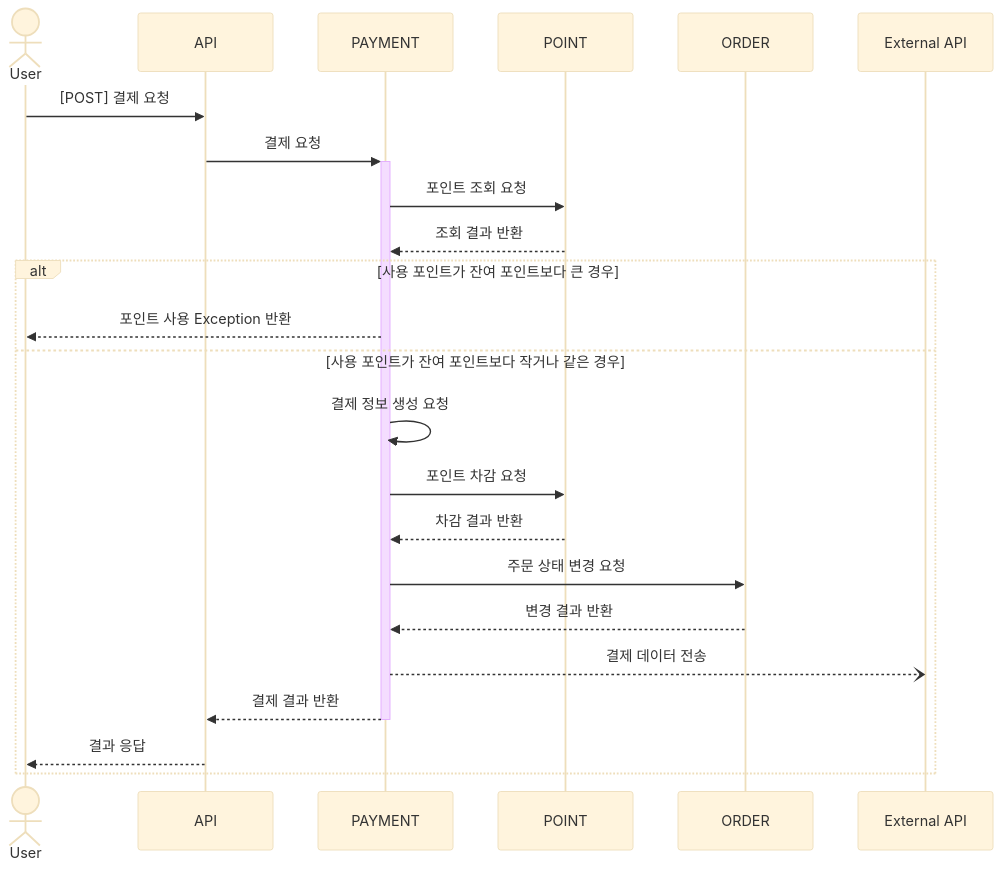
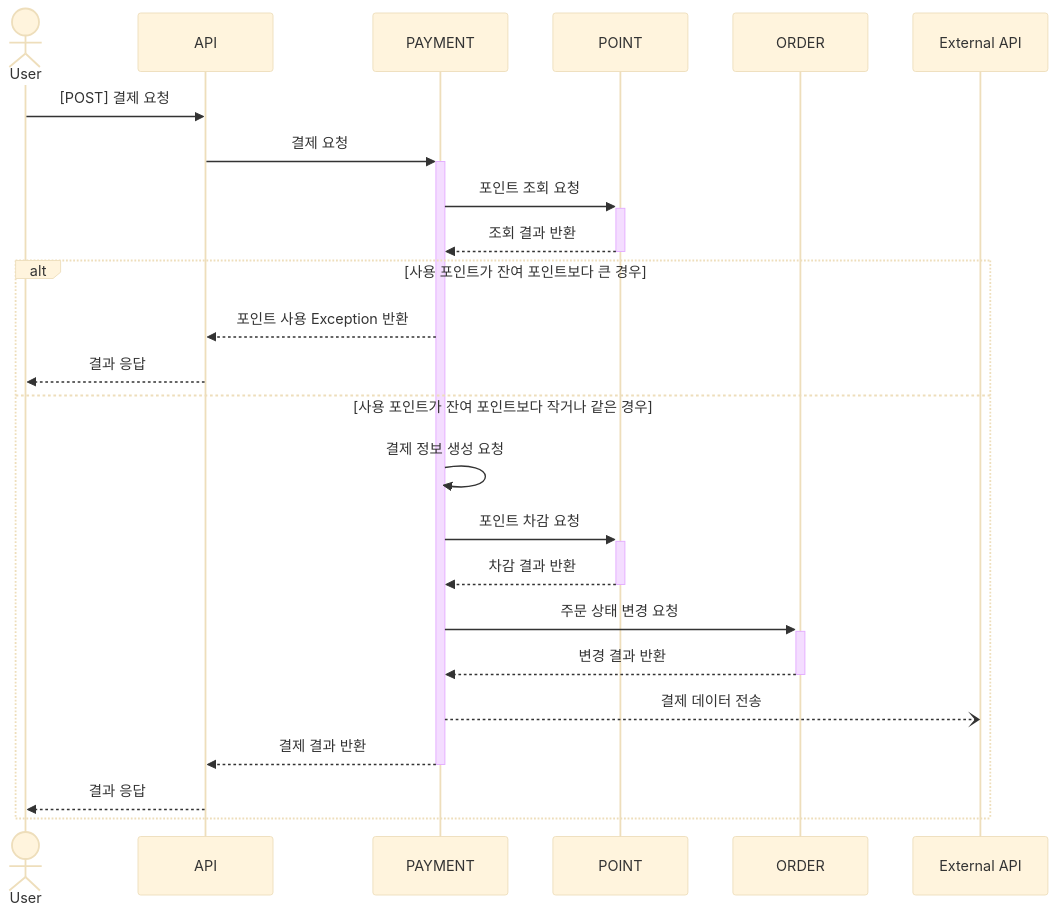
One commit to hyunn12/e-commerce changed the sixth of 7 diagrams in docs/SequenceDiagram.md. Above: the diagram before and after it, drawn with Mermaid (base theme). The commit also changed other lines of this file, not shown here.

Commit message:
docs: 시퀀스 다이어그램 activation bar 수정

````diff
--- a/docs/SequenceDiagram.md
+++ b/docs/SequenceDiagram.md
@@ -119,23 +127,28 @@
 ```mermaid
 sequenceDiagram
     actor User
 
     User->>API: [POST] 결제 요청
     API->>+PAYMENT: 결제 요청
-    PAYMENT->>POINT: 포인트 조회 요청
-    POINT-->>PAYMENT: 조회 결과 반환
+    
+    PAYMENT->>+POINT: 포인트 조회 요청
+    POINT-->>-PAYMENT: 조회 결과 반환
     
     alt 사용 포인트가 잔여 포인트보다 큰 경우
-        PAYMENT-->>User: 포인트 사용 Exception 반환
+        PAYMENT-->>API: 포인트 사용 Exception 반환
+        API-->>User: 결과 응답
     else 사용 포인트가 잔여 포인트보다 작거나 같은 경우
         PAYMENT->>PAYMENT: 결제 정보 생성 요청
-        PAYMENT->>POINT: 포인트 차감 요청
-        POINT-->>PAYMENT: 차감 결과 반환
-        PAYMENT->>ORDER: 주문 상태 변경 요청
-        ORDER-->>PAYMENT: 변경 결과 반환
+        
+        PAYMENT->>+POINT: 포인트 차감 요청
+        POINT-->>-PAYMENT: 차감 결과 반환
+        
+        PAYMENT->>+ORDER: 주문 상태 변경 요청
+        ORDER-->>-PAYMENT: 변경 결과 반환
+        
         PAYMENT--)External API: 결제 데이터 전송
         PAYMENT-->>-API: 결제 결과 반환
         API-->>User: 결과 응답
     end
 
 ```
````
